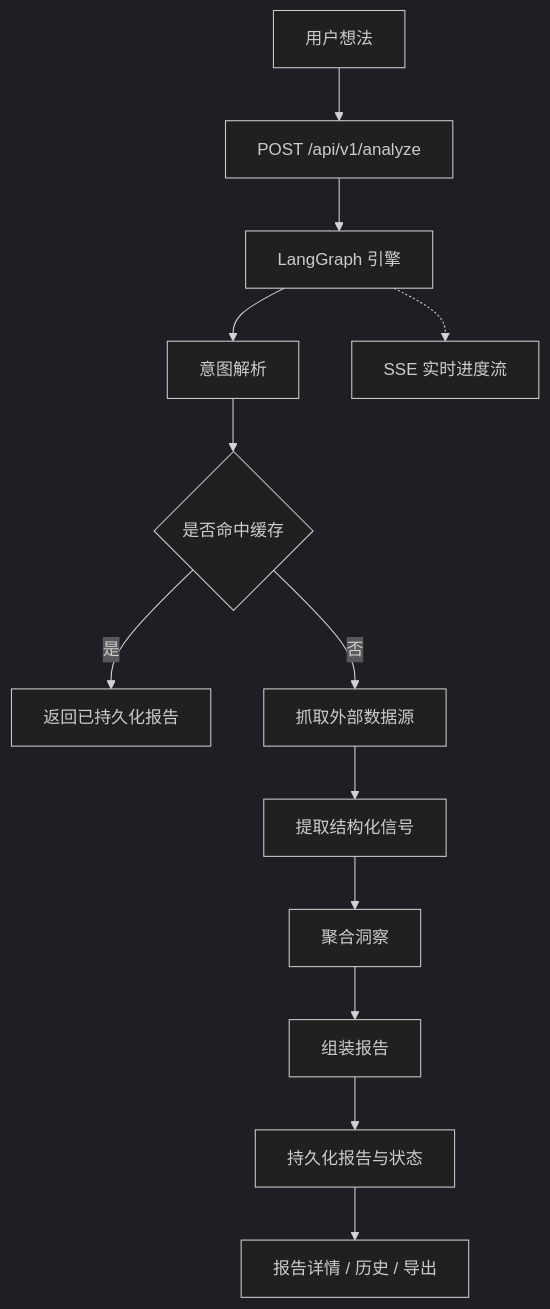
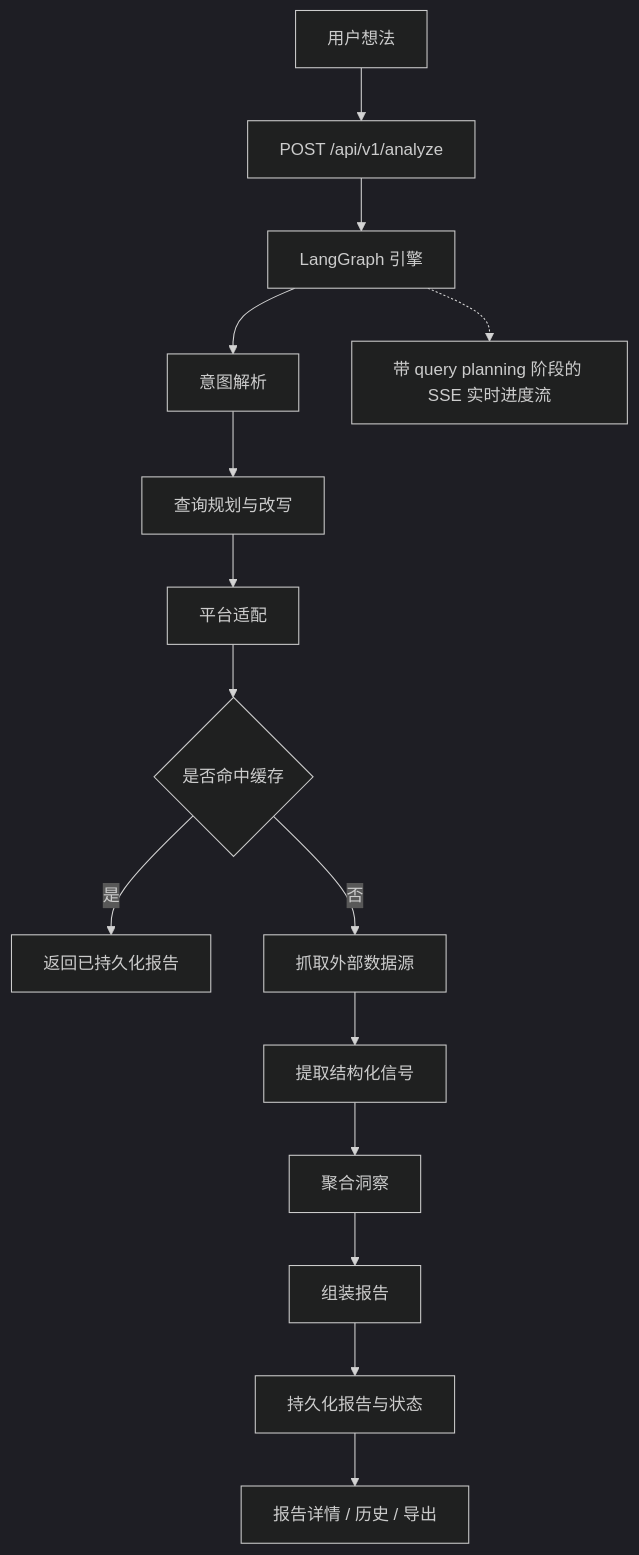
One commit to Tendo33/IdeaGo changed the diagram in README_CN.md. Above: the diagram before and after it, drawn with Mermaid (dark theme). The commit also changed other lines of this file and 1 other file, not shown here.

Commit message:
docs(readme): refresh pipeline overview

````diff
--- a/README_CN.md
+++ b/README_CN.md
@@ -174,15 +175,17 @@
 ```mermaid
 flowchart TD
     A["用户想法"] --> B["POST /api/v1/analyze"]
     B --> C["LangGraph 引擎"]
     C --> D["意图解析"]
-    D --> E{"是否命中缓存"}
-    E -->|是| F["返回已持久化报告"]
-    E -->|否| G["抓取外部数据源"]
-    G --> H["提取结构化信号"]
-    H --> I["聚合洞察"]
-    I --> J["组装报告"]
-    J --> K["持久化报告与状态"]
-    K --> L["报告详情 / 历史 / 导出"]
-    C -.-> M["SSE 实时进度流"]
+    D --> E["查询规划与改写"]
+    E --> F["平台适配"]
+    F --> G{"是否命中缓存"}
+    G -->|是| H["返回已持久化报告"]
+    G -->|否| I["抓取外部数据源"]
+    I --> J["提取结构化信号"]
+    J --> K["聚合洞察"]
+    K --> L["组装报告"]
+    L --> M["持久化报告与状态"]
+    M --> N["报告详情 / 历史 / 导出"]
+    C -.-> O["带 query planning 阶段的 SSE 实时进度流"]
 ```
````
